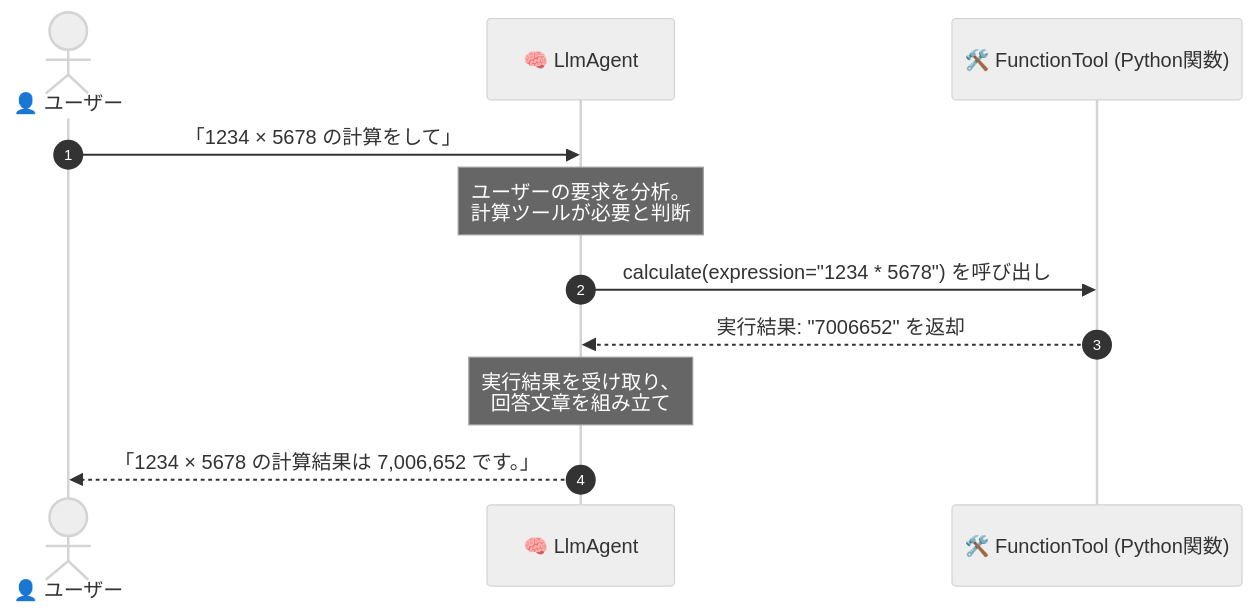
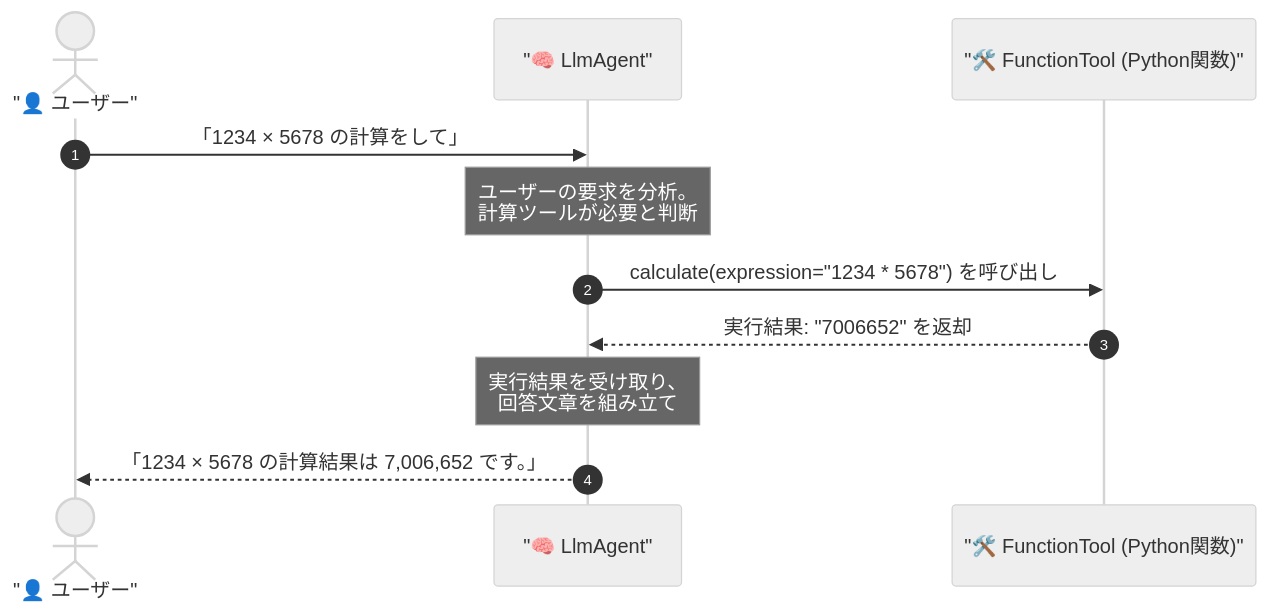
The diagram in chapter02/ソースコード解説.md (masatokg/multi-agent-ai-course-template), drawn with Mermaid (neutral theme) before and after one commit. The commit also changed 6 other files, not shown here.

Commit message:
Fix Mermaid diagram syntax in all ソースコード解説.md files for accurate rendering

````diff
--- a/chapter02/ソースコード解説.md
+++ b/chapter02/ソースコード解説.md
@@ -16,14 +16,14 @@
 ```mermaid
 sequenceDiagram
     autonumber
-    actor User as 👤 ユーザー
-    participant Agent as 🧠 LlmAgent
-    participant Tool as 🛠️ FunctionTool (Python関数)
+    actor User as "👤 ユーザー"
+    participant Agent as "🧠 LlmAgent"
+    participant Tool as "🛠️ FunctionTool (Python関数)"
 
     User->>Agent: 「1234 × 5678 の計算をして」
     Note over Agent: ユーザーの要求を分析。<br/>計算ツールが必要と判断
     Agent->>Tool: calculate(expression="1234 * 5678") を呼び出し
     Tool-->>Agent: 実行結果: "7006652" を返却
     Note over Agent: 実行結果を受け取り、<br/>回答文章を組み立て
     Agent-->>User: 「1234 × 5678 の計算結果は 7,006,652 です。」
 ```
````
